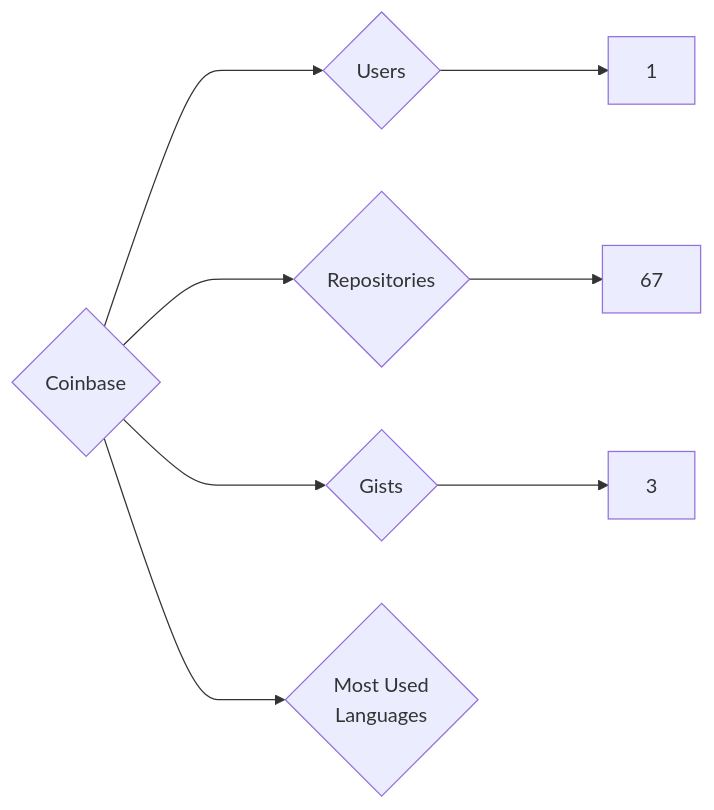
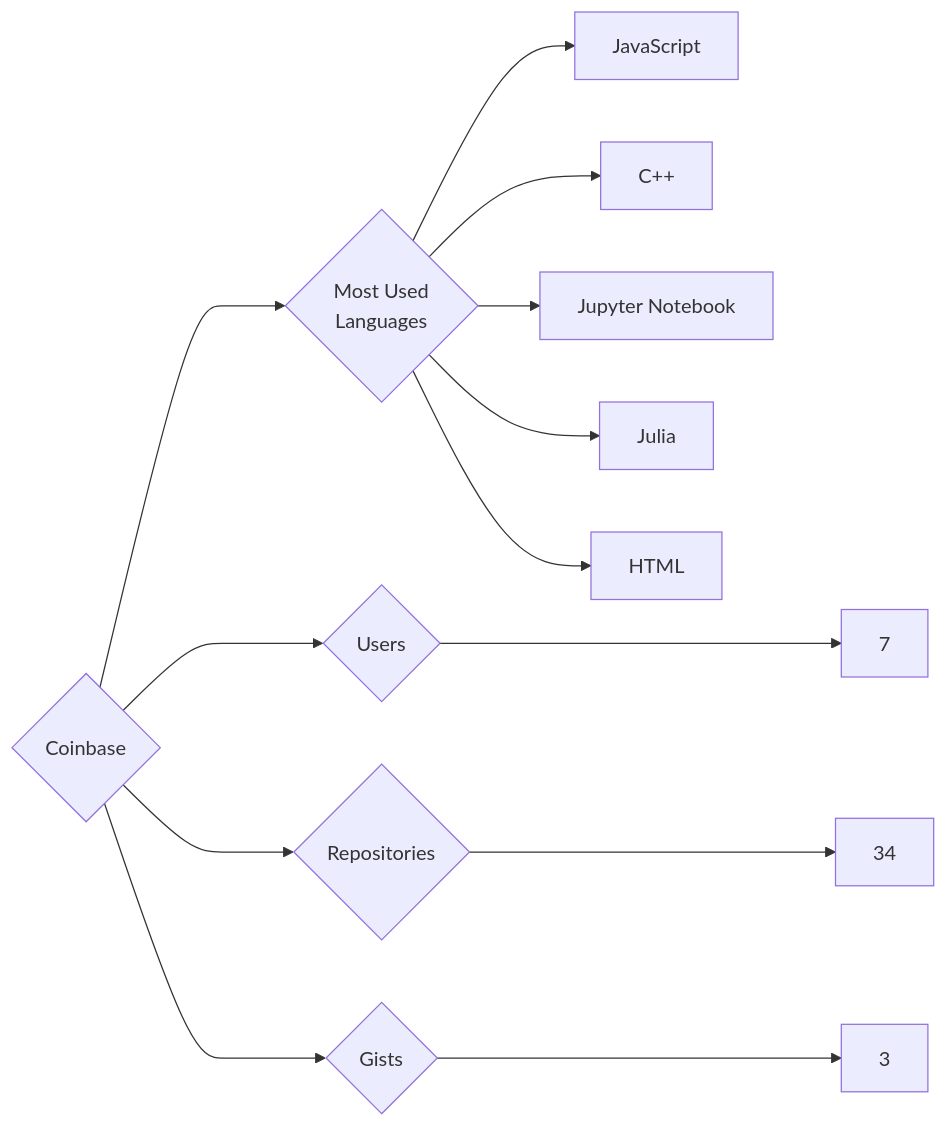
Before and after one commit to trickest/insiders: the diagram in targets/Coinbase/README.md, drawn with Mermaid. The commit also changed 1078 other files, not shown here.

````diff
--- a/targets/Coinbase/README.md
+++ b/targets/Coinbase/README.md
@@ -3,8 +3,13 @@
 ```mermaid
 graph LR
 COMPANY_NAME{Coinbase}
-COMPANY_NAME ---> U{Users} ---> UN[1]
-COMPANY_NAME ---> R{Repositories} ---> RN[67]
+COMPANY_NAME ---> U{Users} ---> UN[7]
+COMPANY_NAME ---> R{Repositories} ---> RN[34]
 COMPANY_NAME ---> G{Gists} ---> GN[3]
 COMPANY_NAME ---> ML{Most Used<br>Languages}
+ML --> JavaScript[JavaScript]
+ML --> C++[C++]
+ML --> Jupyter_Notebook[Jupyter Notebook]
+ML --> Julia[Julia]
+ML --> HTML[HTML]
 ```
````
